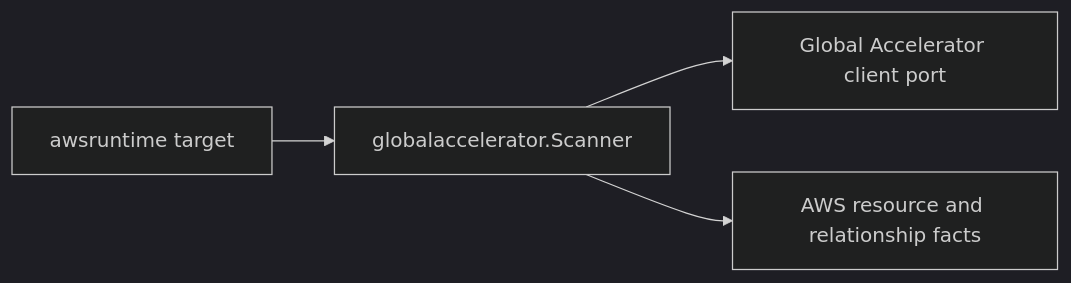
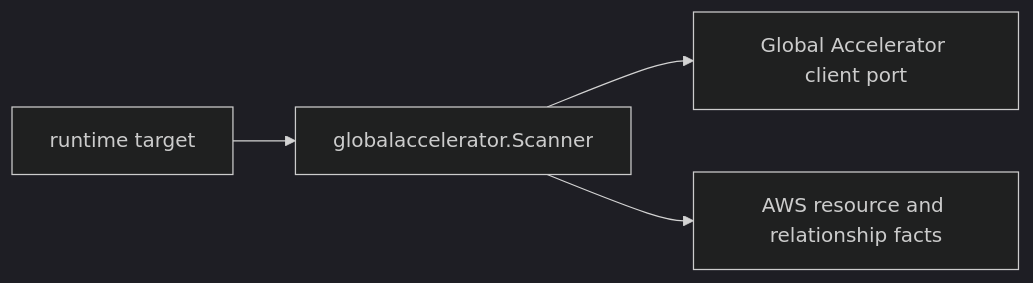
The diagram in go/internal/collector/cloud/aws/service/globalaccelerator/README.md (eshu-hq/eshu), drawn with Mermaid (dark theme) before and after one commit. The commit also changed other lines of this file and 2862 other files, not shown here.

````diff
--- a/go/internal/collector/cloud/aws/service/globalaccelerator/README.md
+++ b/go/internal/collector/cloud/aws/service/globalaccelerator/README.md
@@ -17,6 +17,6 @@
 ```mermaid
 flowchart LR
-    Runtime[awsruntime target] --> Scanner[globalaccelerator.Scanner]
+    Runtime[runtime target] --> Scanner[globalaccelerator.Scanner]
     Scanner --> Client[Global Accelerator client port]
     Scanner --> Facts[AWS resource and relationship facts]
 ```
````
